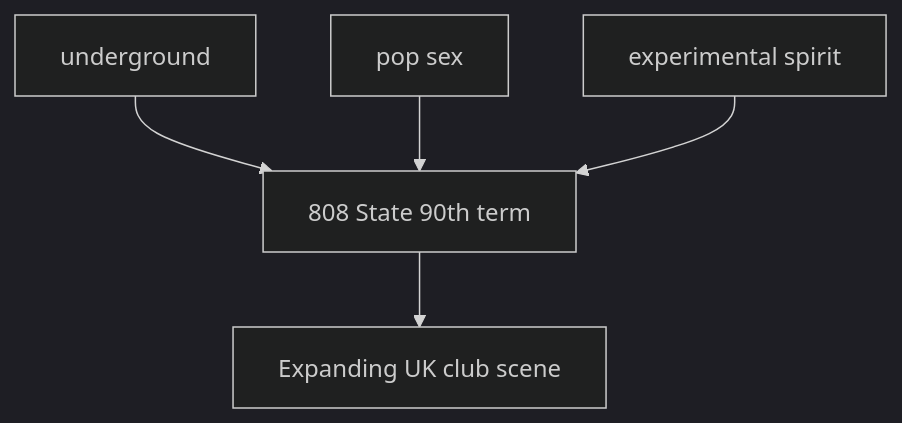
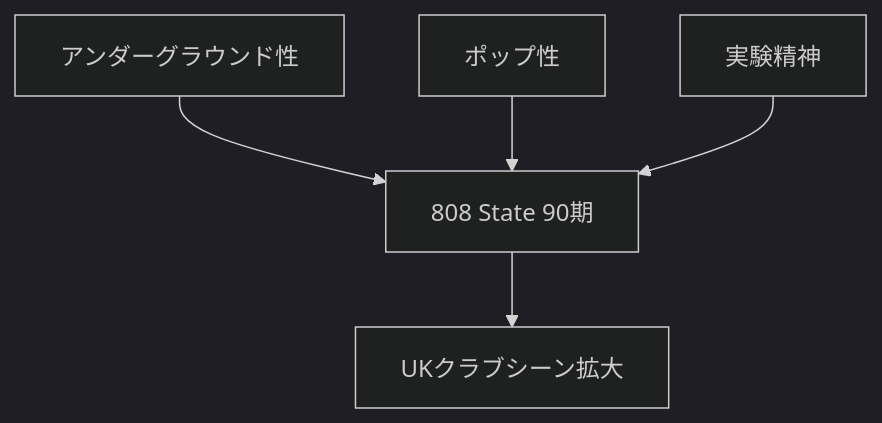
One commit to monumental-movement/monumental-movement.github.io changed the seventh of 17 diagrams in en/_posts/2026-05-24-column-808-state.md. Above: the diagram before and after it, drawn with Mermaid (dark theme). The commit also changed other lines of this file and 2196 other files, not shown here.

```diff
--- a/en/_posts/2026-05-24-column-808-state.md
+++ b/en/_posts/2026-05-24-column-808-state.md
@@ -276,7 +275,7 @@
 <div class="mermaid">
 flowchart TD
-A[underground] --> D[808 State 90th term]
-B[pop sex] --> D
-C[experimental spirit] --> D
-D --> E[Expanding UK club scene]
+A[アンダーグラウンド性] --> D[808 State 90期]
+B[ポップ性] --> D
+C[実験精神] --> D
+D --> E[UKクラブシーン拡大]
 </div>
```
